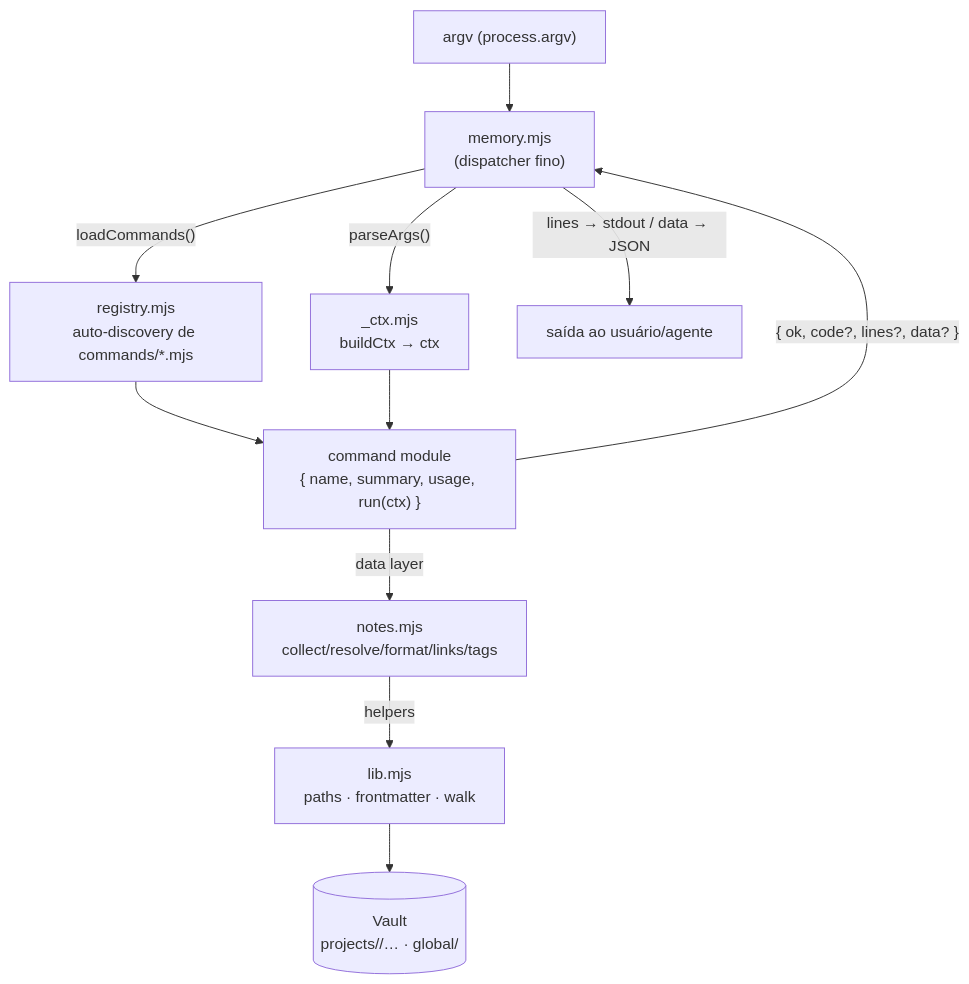
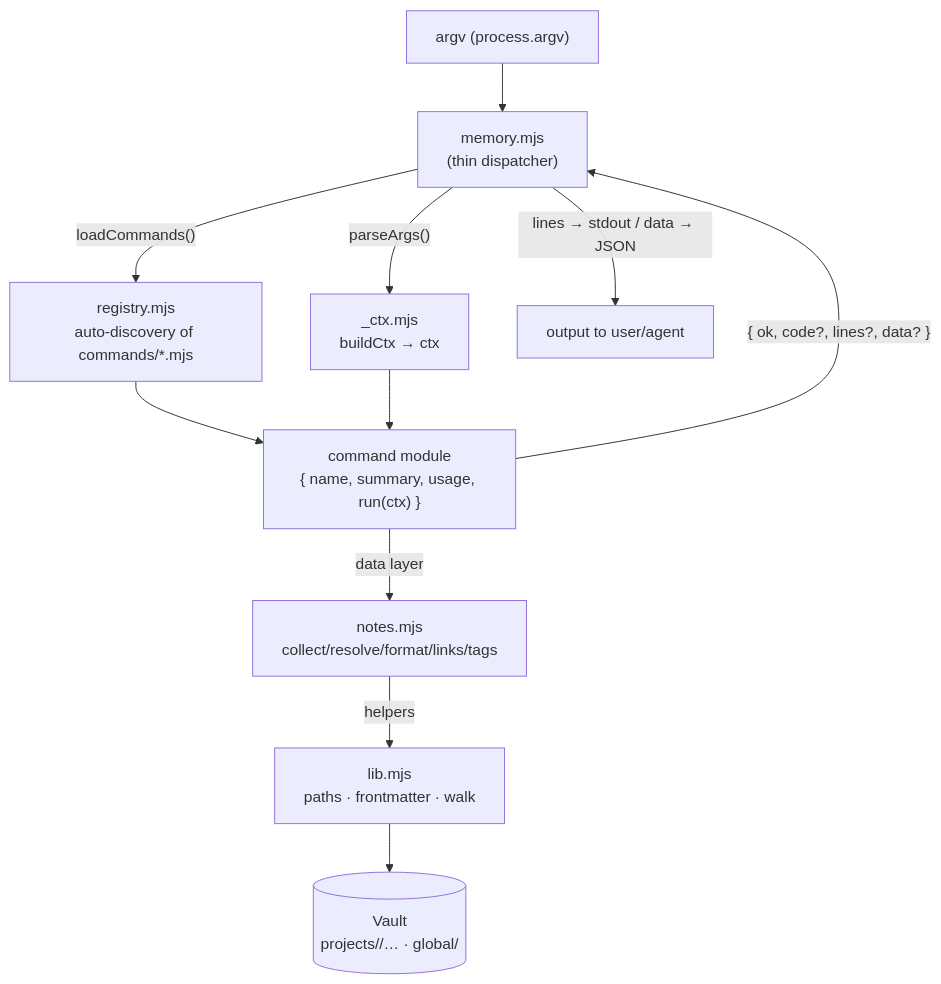
One commit to MatheusChiodi/AgentTeam-Memory changed the second of 3 diagrams in docs/ARCHITECTURE.md. Above: the diagram before and after it, drawn with Mermaid. The commit also changed other lines of this file and 49 other files, not shown here.

````diff
--- a/docs/ARCHITECTURE.md
+++ b/docs/ARCHITECTURE.md
@@ -66,13 +66,13 @@
 ```mermaid
 flowchart TD
-  ARGV["argv (process.argv)"] --> DISP["memory.mjs<br/>(dispatcher fino)"]
+  ARGV["argv (process.argv)"] --> DISP["memory.mjs<br/>(thin dispatcher)"]
   DISP -->|"parseArgs()"| CTX["_ctx.mjs<br/>buildCtx → ctx"]
-  DISP -->|"loadCommands()"| REG["registry.mjs<br/>auto-discovery de commands/*.mjs"]
+  DISP -->|"loadCommands()"| REG["registry.mjs<br/>auto-discovery of commands/*.mjs"]
   REG --> CMD["command module<br/>{ name, summary, usage, run(ctx) }"]
   CTX --> CMD
   CMD -->|"data layer"| NOTES["notes.mjs<br/>collect/resolve/format/links/tags"]
   NOTES -->|"helpers"| LIB["lib.mjs<br/>paths · frontmatter · walk"]
   LIB --> VAULT[("Vault<br/>projects/<proj>/… · global/")]
   CMD -->|"{ ok, code?, lines?, data? }"| DISP
-  DISP -->|"lines → stdout / data → JSON"| OUT["saída ao usuário/agente"]
+  DISP -->|"lines → stdout / data → JSON"| OUT["output to user/agent"]
 ```
````
